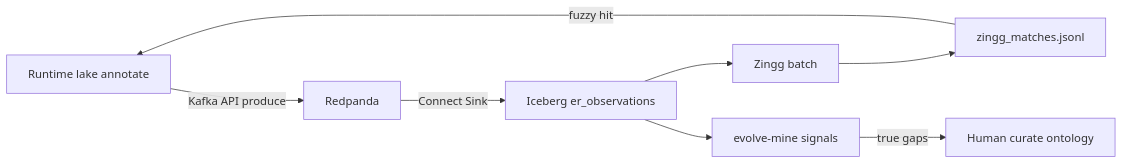
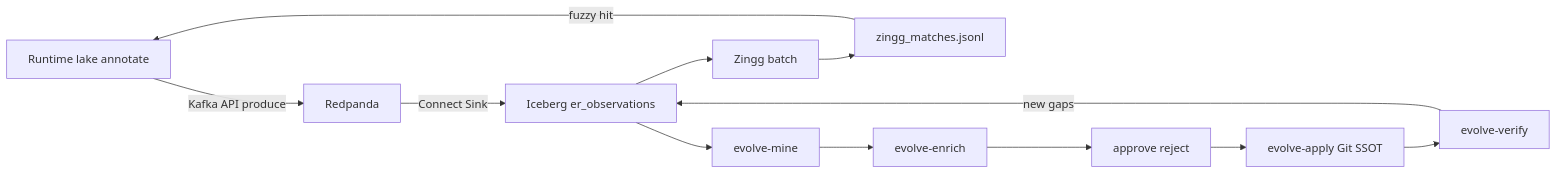
The second of 2 diagrams in docs/evolution/loop.md (zhiweio/biomed-ontology), drawn with Mermaid before and after one commit. The commit also changed other lines of this file and 18 other files, not shown here.

````diff
--- a/docs/evolution/loop.md
+++ b/docs/evolution/loop.md
@@ -93,18 +102,22 @@
 ```mermaid
 flowchart LR
   usage[Runtime lake annotate]
   rp[Redpanda]
   ice[Iceberg er_observations]
   zingg[Zingg batch]
   matches[zingg_matches.jsonl]
-  evolve[evolve-mine signals]
-  curator[Human curate ontology]
+  mine[evolve-mine]
+  enrich[evolve-enrich]
+  gate[approve reject]
+  apply[evolve-apply Git SSOT]
+  verify[evolve-verify]
 
   usage -->|Kafka API produce| rp
   rp -->|Connect Sink| ice
   ice --> zingg
-  ice --> evolve
+  ice --> mine
   zingg --> matches
   matches -->|fuzzy hit| usage
-  evolve -->|true gaps| curator
+  mine --> enrich --> gate --> apply --> verify
+  verify -->|new gaps| ice
 ```
````
